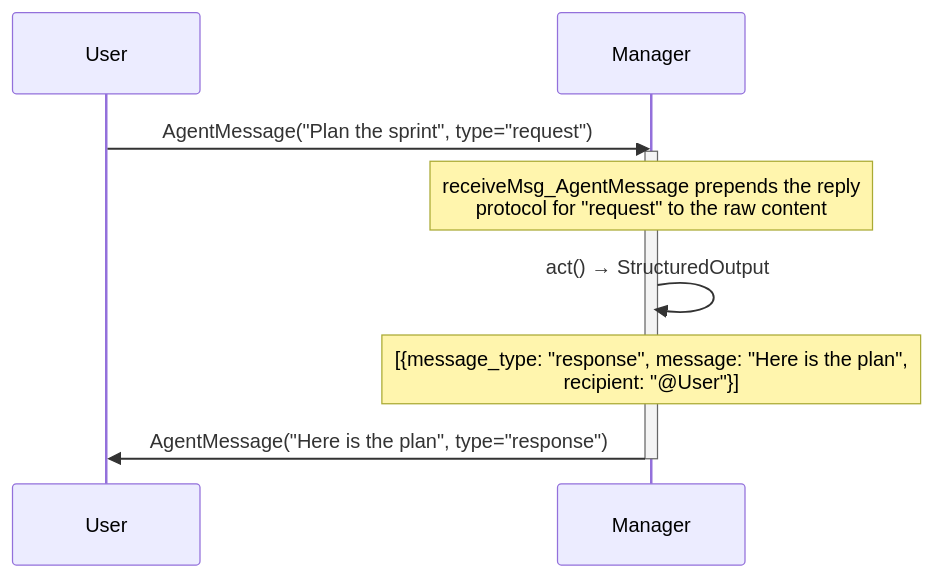
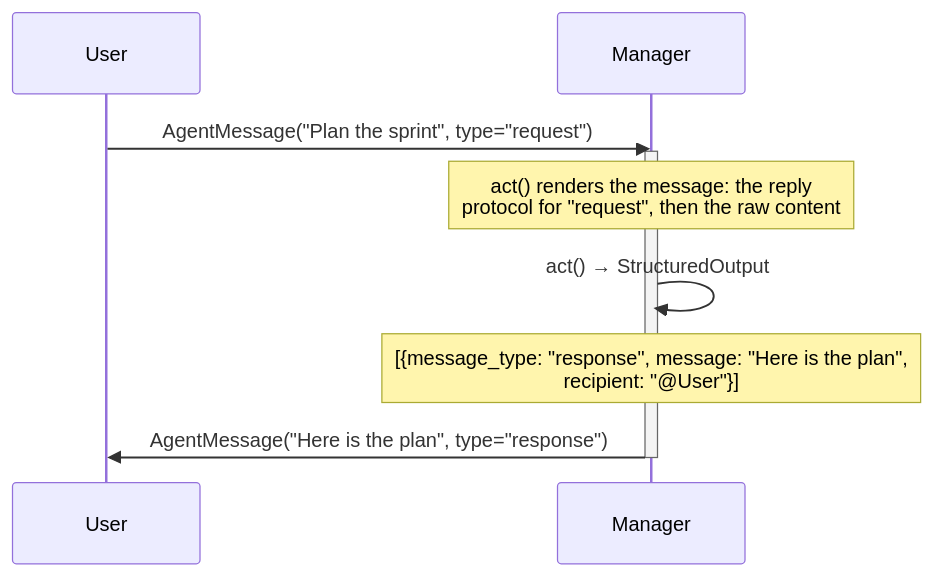
One commit to b12consulting/akgentic-agent changed the second of 5 diagrams in docs/agent-collaboration.md. Above: the diagram before and after it, drawn with Mermaid. The commit also changed other lines of this file and 1 other file, not shown here.

````diff
--- a/docs/agent-collaboration.md
+++ b/docs/agent-collaboration.md
@@ -404,13 +452,13 @@
 ```mermaid
 sequenceDiagram
     participant User
     participant Manager
 
     User->>Manager: AgentMessage("Plan the sprint", type="request")
     activate Manager
-    Note over Manager: receiveMsg_AgentMessage prepends the reply<br/>protocol for "request" to the raw content
+    Note over Manager: act() renders the message: the reply<br/>protocol for "request", then the raw content
     Manager->>Manager: act() → StructuredOutput
     Note over Manager: [{message_type: "response", message: "Here is the plan",<br/>recipient: "@User"}]
     Manager->>User: AgentMessage("Here is the plan", type="response")
     deactivate Manager
 ```
````
